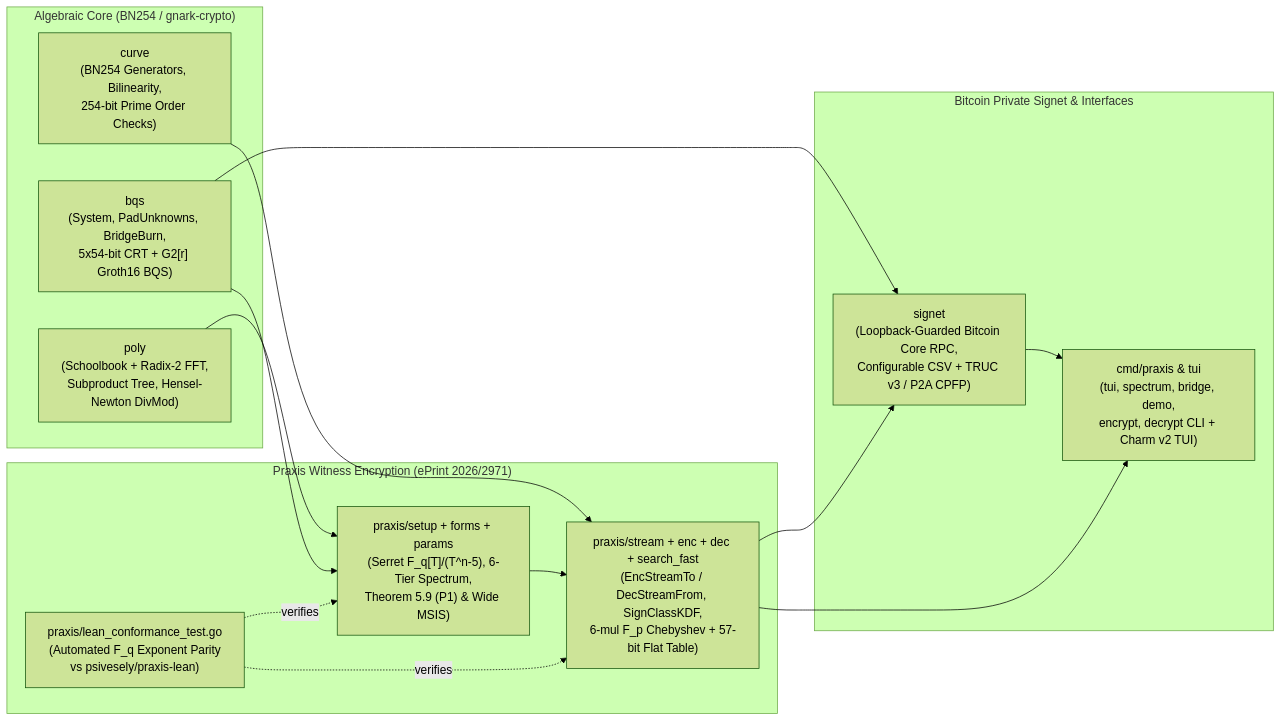
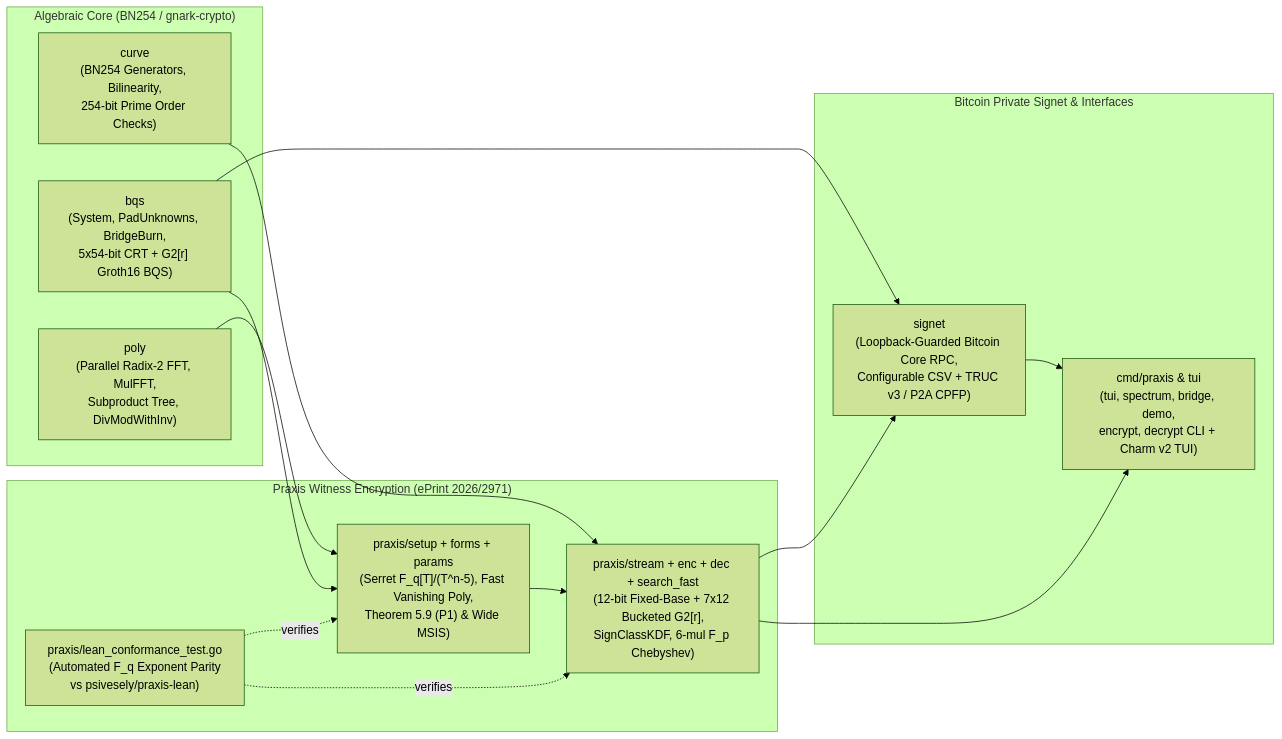
Before and after one commit to redstar-systems/praxis-demo: the first of 2 diagrams in docs/WHITEPAPER.md, drawn with Mermaid (forest theme). The commit also changed other lines of this file and 4 other files, not shown here.

````diff
--- a/docs/WHITEPAPER.md
+++ b/docs/WHITEPAPER.md
@@ -33,30 +33,30 @@
 ```mermaid
 flowchart LR
   subgraph Math["Algebraic Core (BN254 / gnark-crypto)"]
-    Poly["poly\n(Schoolbook + Radix-2 FFT,\nSubproduct Tree, Hensel-Newton DivMod)"]
+    Poly["poly\n(Parallel Radix-2 FFT, MulFFT,\nSubproduct Tree, DivModWithInv)"]
     BQS["bqs\n(System, PadUnknowns, BridgeBurn,\n5x54-bit CRT + G2[r] Groth16 BQS)"]
     Curve["curve\n(BN254 Generators, Bilinearity,\n254-bit Prime Order Checks)"]
   end
 
   subgraph Engine["Praxis Witness Encryption (ePrint 2026/2971)"]
-    Setup["praxis/setup + forms + params\n(Serret F_q[T]/(T^n-5), 6-Tier Spectrum,\nTheorem 5.9 (P1) & Wide MSIS)"]
-    Stream["praxis/stream + enc + dec + search_fast\n(EncStreamTo / DecStreamFrom, SignClassKDF,\n6-mul F_p Chebyshev + 57-bit Flat Table)"]
+    Setup["praxis/setup + forms + params\n(Serret F_q[T]/(T^n-5), Fast Vanishing Poly,\nTheorem 5.9 (P1) & Wide MSIS)"]
+    Stream["praxis/stream + enc + dec + search_fast\n(12-bit Fixed-Base + 7x12 Bucketed G2[r],\nSignClassKDF, 6-mul F_p Chebyshev)"]
     Lean["praxis/lean_conformance_test.go\n(Automated F_q Exponent Parity\nvs psivesely/praxis-lean)"]
   end
 
   subgraph Bitcoin["Bitcoin Private Signet & Interfaces"]
     Signet["signet\n(Loopback-Guarded Bitcoin Core RPC,\nConfigurable CSV + TRUC v3 / P2A CPFP)"]
     CLI["cmd/praxis & tui\n(tui, spectrum, bridge, demo,\nencrypt, decrypt CLI + Charm v2 TUI)"]
   end
 
   Poly --> Setup
   BQS --> Setup
   Curve --> Stream
   Setup --> Stream
   Lean -.->|"verifies"| Setup
   Lean -.->|"verifies"| Stream
   BQS --> Signet
   Stream --> Signet
   Signet --> CLI
   Stream --> CLI
 ```
````
